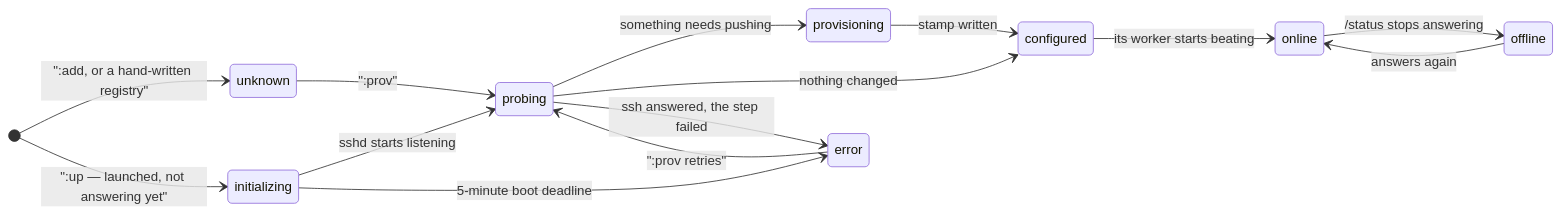
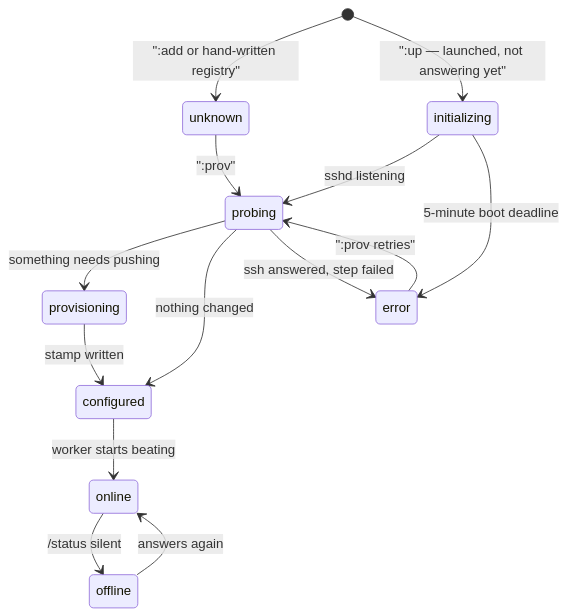
The third of 3 diagrams in README.md (lhuthng/storycast), drawn with Mermaid before and after one commit. The commit also changed other lines of this file and 8 other files, not shown here.

````diff
--- a/README.md
+++ b/README.md
@@ -380,17 +294,17 @@
 ```mermaid
 stateDiagram-v2
-    direction LR
-    [*] --> unknown: ":add, or a hand-written registry"
+    direction TB
+    [*] --> unknown: ":add or hand-written registry"
     [*] --> initializing: ":up — launched, not answering yet"
     unknown --> probing: ":prov"
-    initializing --> probing: sshd starts listening
+    initializing --> probing: sshd listening
     probing --> provisioning: something needs pushing
     probing --> configured: nothing changed
     provisioning --> configured: stamp written
-    configured --> online: its worker starts beating
-    online --> offline: /status stops answering
+    configured --> online: worker starts beating
+    online --> offline: /status silent
     offline --> online: answers again
     initializing --> error: 5-minute boot deadline
-    probing --> error: ssh answered, the step failed
+    probing --> error: ssh answered, step failed
     error --> probing: ":prov retries"
 ```
````
